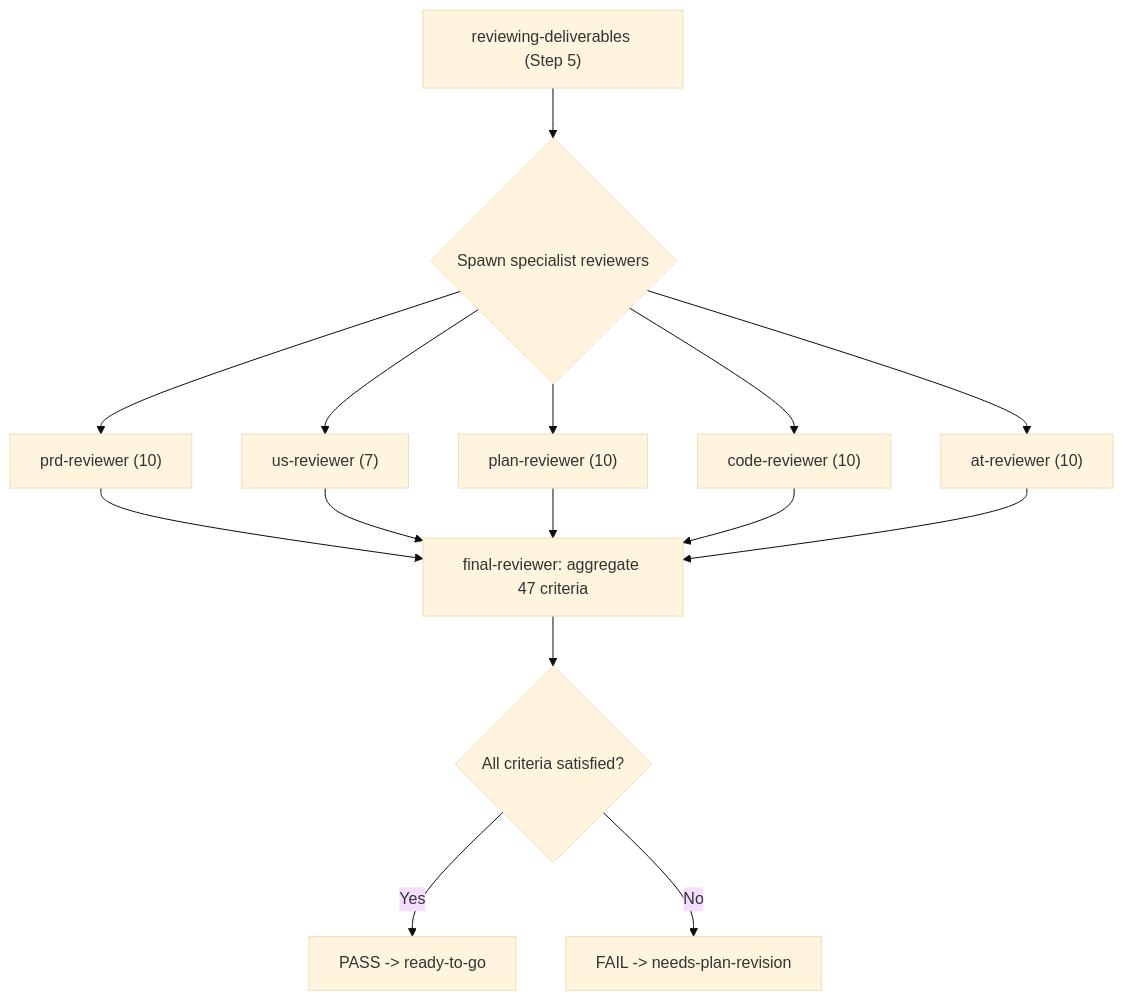
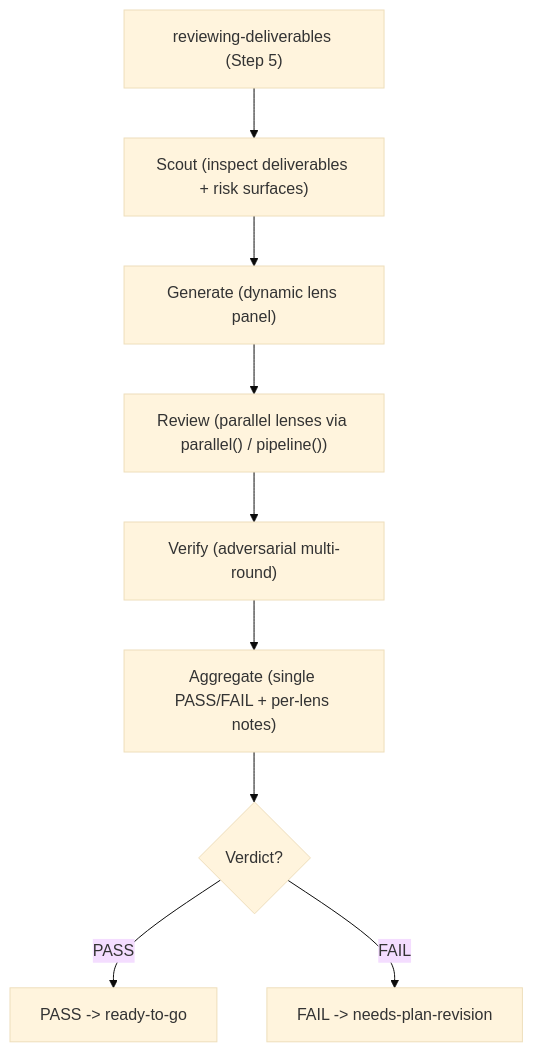
Before and after one commit to o3-ozono/atdd-kit: the third of 4 diagrams in docs/workflow/workflow-detail.md, drawn with Mermaid (base theme). The commit also changed other lines of this file and 12 other files, not shown here.

````diff
--- a/docs/workflow/workflow-detail.md
+++ b/docs/workflow/workflow-detail.md
@@ -101,20 +101,11 @@
 ```mermaid
 flowchart TD
-    Start["reviewing-deliverables (Step 5)"] --> Spawn{"Spawn specialist reviewers"}
-    Spawn --> PRD["prd-reviewer (10)"]
-    Spawn --> US["us-reviewer (7)"]
-    Spawn --> PLAN["plan-reviewer (10)"]
-    Spawn --> CODE["code-reviewer (10)"]
-    Spawn --> AT["at-reviewer (10)"]
-
-    PRD --> Final
-    US --> Final
-    PLAN --> Final
-    CODE --> Final
-    AT --> Final
-
-    Final["final-reviewer: aggregate 47 criteria"]
-    Final --> Decision{"All criteria satisfied?"}
-    Decision -- Yes --> Pass["PASS -> ready-to-go"]
-    Decision -- No --> Fail["FAIL -> needs-plan-revision"]
+    Start["reviewing-deliverables (Step 5)"] --> Scout["Scout (inspect deliverables + risk surfaces)"]
+    Scout --> Generate["Generate (dynamic lens panel)"]
+    Generate --> Review["Review (parallel lenses via parallel() / pipeline())"]
+    Review --> Verify["Verify (adversarial multi-round)"]
+    Verify --> Aggregate["Aggregate (single PASS/FAIL + per-lens notes)"]
+    Aggregate --> Decision{"Verdict?"}
+    Decision -- PASS --> Pass["PASS -> ready-to-go"]
+    Decision -- FAIL --> Fail["FAIL -> needs-plan-revision"]
 ```
````
